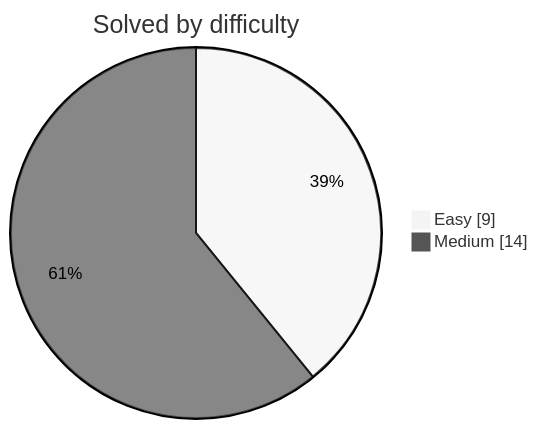
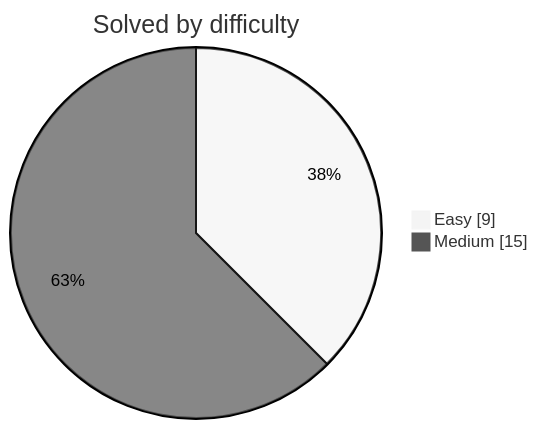
The diagram in README.md (DwijeshD/leetcode-solutions), drawn with Mermaid (neutral theme) before and after one commit. The commit also changed other lines of this file and 2 other files, not shown here.

````diff
--- a/README.md
+++ b/README.md
@@ -31,6 +31,6 @@
 ```mermaid
 pie showData
     title Solved by difficulty
     "Easy" : 9
-    "Medium" : 14
+    "Medium" : 15
 ```
````
